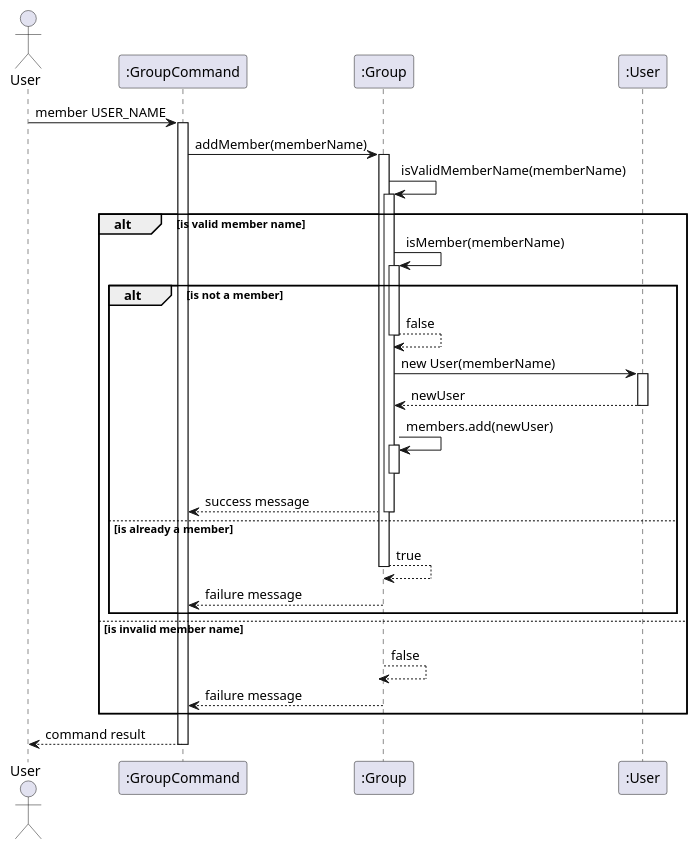
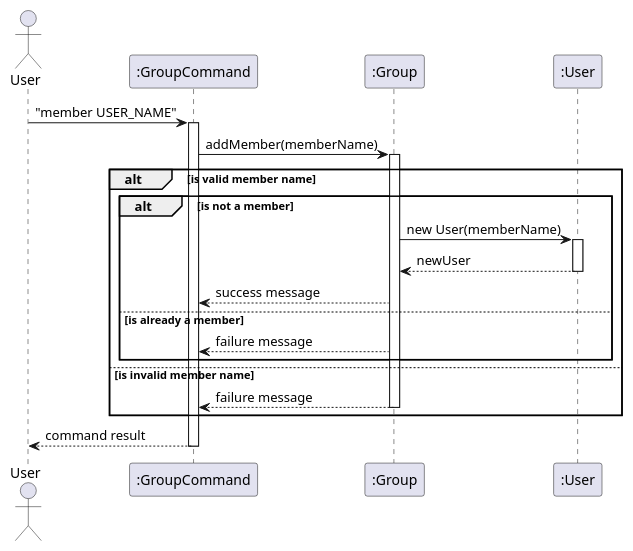
One commit to mukund1403/tp changed the diagram in docs/diagrams/addMember3.puml. Above: the diagram before and after it, drawn with PlantUML. The commit also changed 1 other file, not shown here.

```diff
--- a/docs/diagrams/addMember3.puml
+++ b/docs/diagrams/addMember3.puml
@@ -1,50 +1,34 @@
 @startuml
 actor User
 participant ":GroupCommand" as GroupCommand
 participant ":Group" as Group
 participant ":User" as NewUser
 
-User -> GroupCommand: member USER_NAME
+User -> GroupCommand: "member USER_NAME"
 activate GroupCommand
 
 GroupCommand -> Group: addMember(memberName)
 activate Group
 
-Group -> Group: isValidMemberName(memberName)
-activate Group
 alt is valid member name
-    Group -> Group: isMember(memberName)
-    activate Group
     alt is not a member
-        Group --> Group: false
-        deactivate Group
 
         Group -> NewUser: new User(memberName)
         activate NewUser
         NewUser --> Group: newUser
         deactivate NewUser
 
-        Group -> Group: members.add(newUser)
-        activate Group
-        deactivate Group
-
         Group --> GroupCommand: success message
-        deactivate Group
     else is already a member
-        Group --> Group: true
-        deactivate Group
 
         Group --> GroupCommand: failure message
-        deactivate Group
     end
 else is invalid member name
-    Group --> Group: false
-    deactivate Group
 
     Group --> GroupCommand: failure message
     deactivate Group
 end
 
 GroupCommand --> User: command result
 deactivate GroupCommand
 @enduml
```
